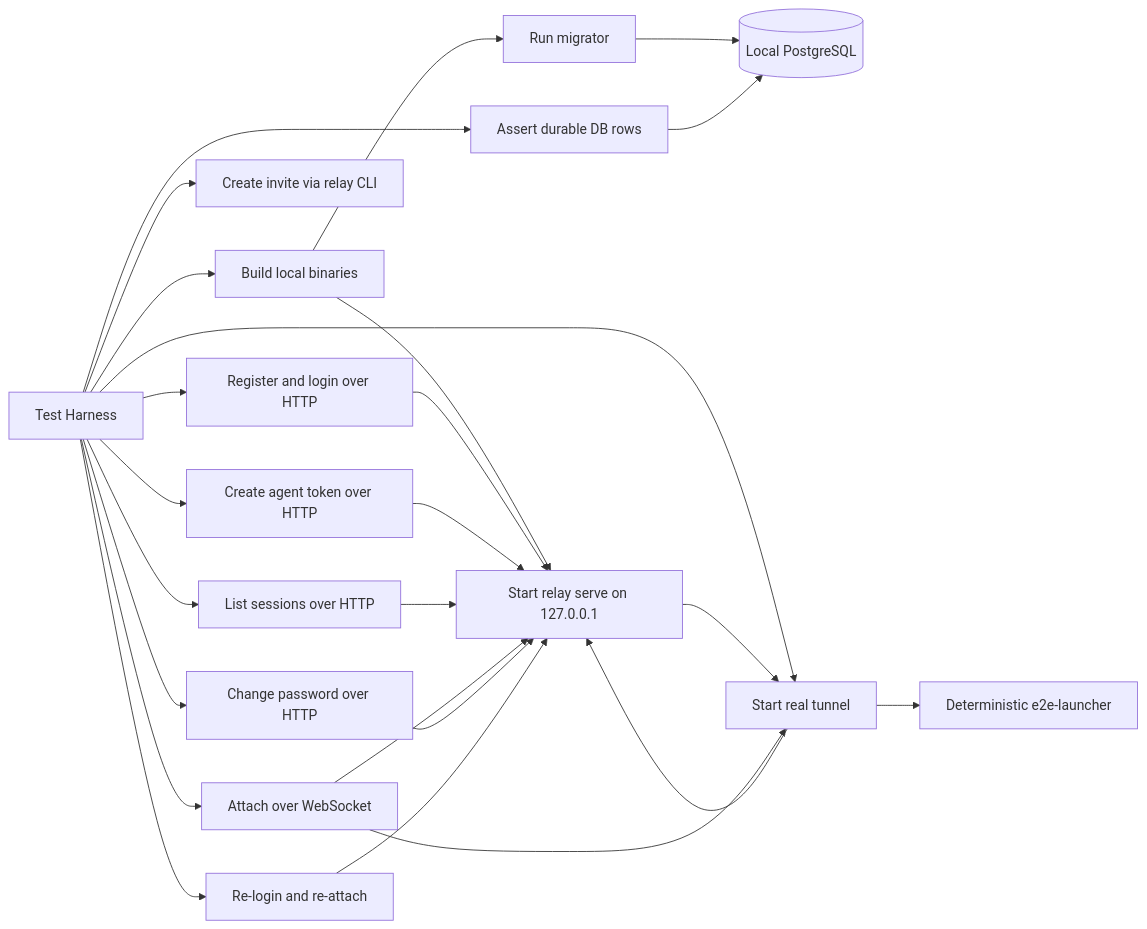
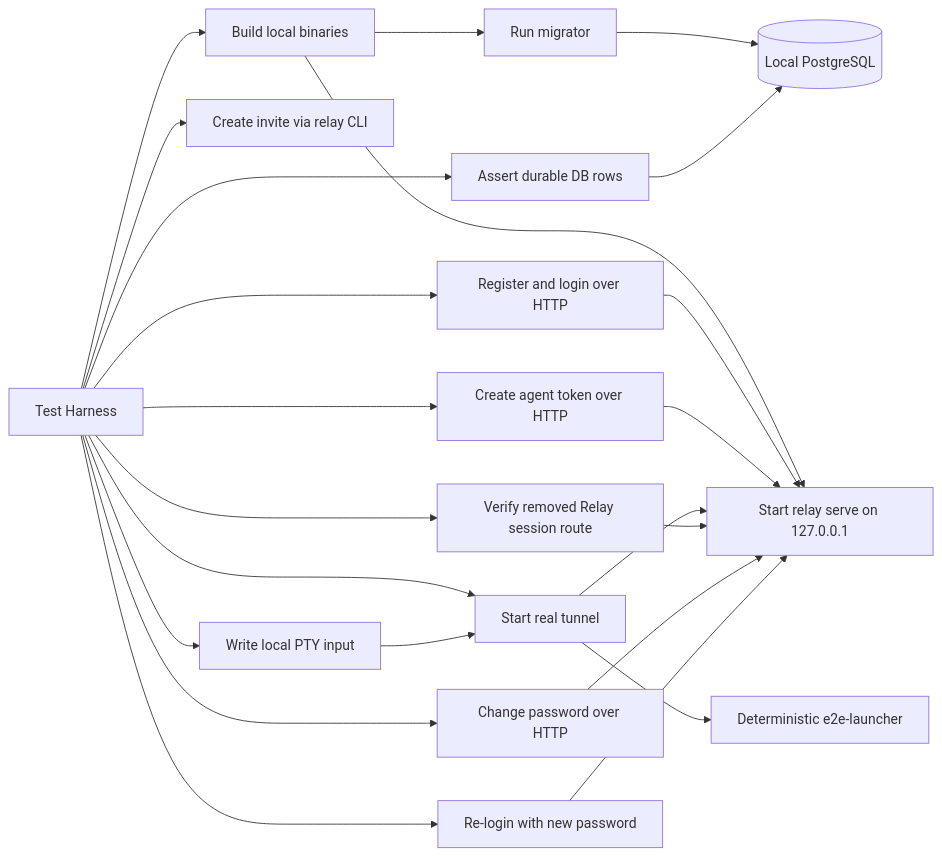
The first of 2 diagrams in docs/local-e2e.md (yuanbohan/agent-tunnel), drawn with Mermaid before and after one commit. The commit also changed other lines of this file and 237 other files, not shown here.

````diff
--- a/docs/local-e2e.md
+++ b/docs/local-e2e.md
@@ -60,27 +59,25 @@
 ```mermaid
 flowchart LR
     A[Test Harness] --> B[Build local binaries]
     B --> C[Run migrator]
     C --> D[(Local PostgreSQL)]
     B --> E[Start relay serve on 127.0.0.1]
     A --> F[Create invite via relay CLI]
     A --> G[Register and login over HTTP]
     G --> E
     A --> H[Create agent token over HTTP]
     H --> E
     A --> I[Start real tunnel]
     I --> E
     I --> J[Deterministic e2e-launcher]
-    A --> K[List sessions over HTTP]
+    A --> K[Verify removed Relay session route]
     K --> E
-    A --> L[Attach over WebSocket]
-    L --> E
-    E --> I
+    A --> L[Write local PTY input]
     L --> I
     A --> M[Change password over HTTP]
     M --> E
-    A --> N[Re-login and re-attach]
+    A --> N[Re-login with new password]
     N --> E
     A --> O[Assert durable DB rows]
     O --> D
 ```
````
